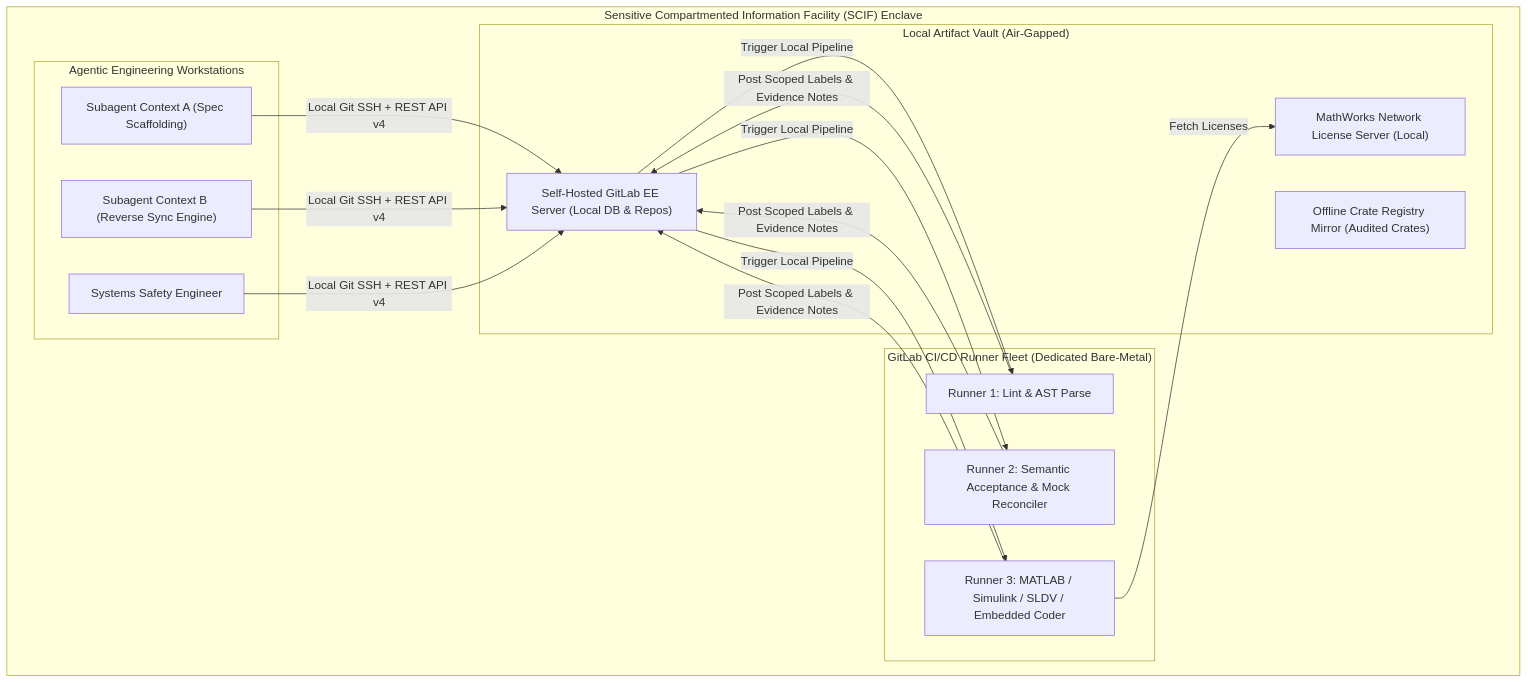
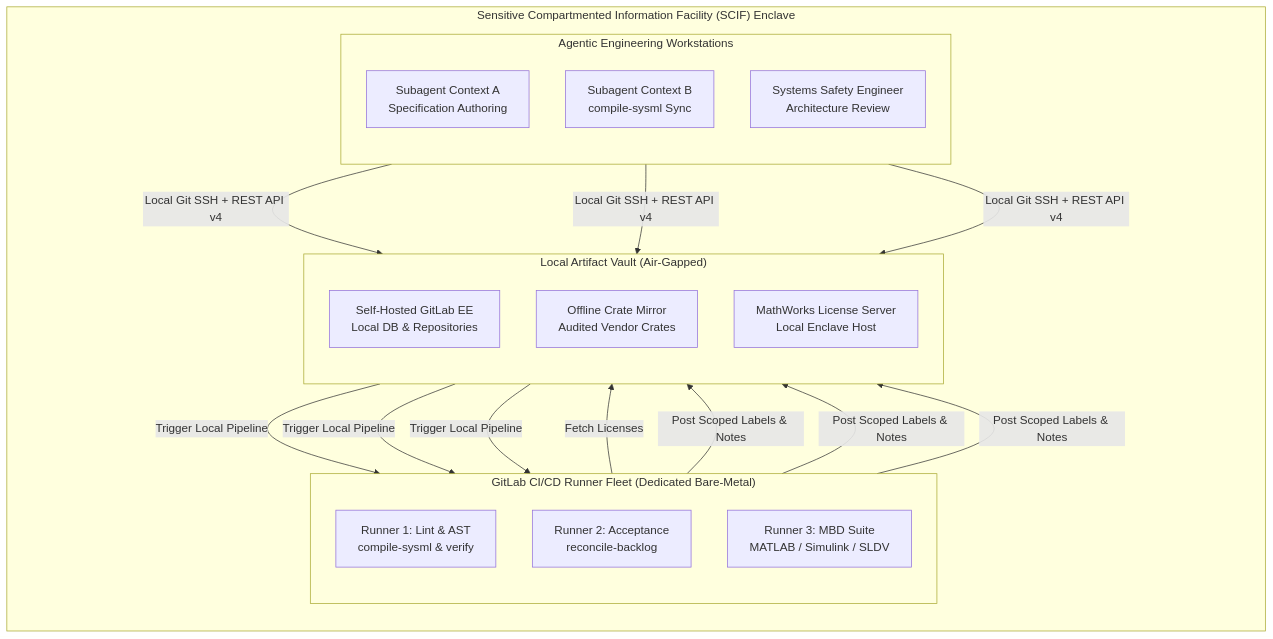
One commit to gintatkinson/DEAP01-spec-core changed diagram 12 of 19 in docs/architecture/blueprints/MULTI_PROVIDER_GITLAB_INFRASTRUCTURE_ARCHITECTURE.md. Above: the diagram before and after it, drawn with Mermaid. The commit also changed other lines of this file and 28 other files, not shown here.

Commit message:
feat(verify-baseline,deap-core,compile-sysml): implement Option C blueprint capabilities and Check 37 blueprint grounding gate

````diff
--- a/docs/architecture/blueprints/MULTI_PROVIDER_GITLAB_INFRASTRUCTURE_ARCHITECTURE.md
+++ b/docs/architecture/blueprints/MULTI_PROVIDER_GITLAB_INFRASTRUCTURE_ARCHITECTURE.md
@@ -894,33 +842,39 @@
 ```mermaid
 flowchart TD
     subgraph SCIF_Enclave ["Sensitive Compartmented Information Facility (SCIF) Enclave"]
+        direction TB
         subgraph Vault ["Local Artifact Vault (Air-Gapped)"]
-            GitLab_EE["Self-Hosted GitLab EE Server (Local DB & Repos)"]
-            Cargo_Mirror["Offline Crate Registry Mirror (Audited Crates)"]
-            MATLAB_Server["MathWorks Network License Server (Local)"]
+            direction TB
+            GitLab_EE["Self-Hosted GitLab EE<br/>Local DB & Repositories"]
+            Cargo_Mirror["Offline Crate Mirror<br/>Audited Vendor Crates"]
+            MATLAB_Server["MathWorks License Server<br/>Local Enclave Host"]
         end
 
         subgraph Runner_Fleet ["GitLab CI/CD Runner Fleet (Dedicated Bare-Metal)"]
-            Runner1["Runner 1: Lint & AST Parse"]
-            Runner2["Runner 2: Semantic Acceptance & Mock Reconciler"]
-            Runner3["Runner 3: MATLAB / Simulink / SLDV / Embedded Coder"]
+            direction TB
+            Runner1["Runner 1: Lint & AST<br/>compile-sysml & verify"]
+            Runner2["Runner 2: Acceptance<br/>reconcile-backlog"]
+            Runner3["Runner 3: MBD Suite<br/>MATLAB / Simulink / SLDV"]
         end
 
         subgraph Agentic_Dev ["Agentic Engineering Workstations"]
-            Agent1["Subagent Context A (Spec Scaffolding)"]
-            Agent2["Subagent Context B (Reverse Sync Engine)"]
-            Dev1["Systems Safety Engineer"]
+            direction TB
+            Agent1["Subagent Context A<br/>Specification Authoring"]
+            Agent2["Subagent Context B<br/>compile-sysml Sync"]
+            Dev1["Systems Safety Engineer<br/>Architecture Review"]
         end
     end
 
     Agent1 -->|"Local Git SSH + REST API v4"| GitLab_EE
     Agent2 -->|"Local Git SSH + REST API v4"| GitLab_EE
     Dev1 -->|"Local Git SSH + REST API v4"| GitLab_EE
 
     GitLab_EE -->|"Trigger Local Pipeline"| Runner1
     GitLab_EE -->|"Trigger Local Pipeline"| Runner2
     GitLab_EE -->|"Trigger Local Pipeline"| Runner3
 
     Runner3 -->|"Fetch Licenses"| MATLAB_Server
-    Runner1 & Runner2 & Runner3 -->|"Post Scoped Labels & Evidence Notes"| GitLab_EE
+    Runner1 -->|"Post Scoped Labels & Notes"| GitLab_EE
+    Runner2 -->|"Post Scoped Labels & Notes"| GitLab_EE
+    Runner3 -->|"Post Scoped Labels & Notes"| GitLab_EE
 ```
````
